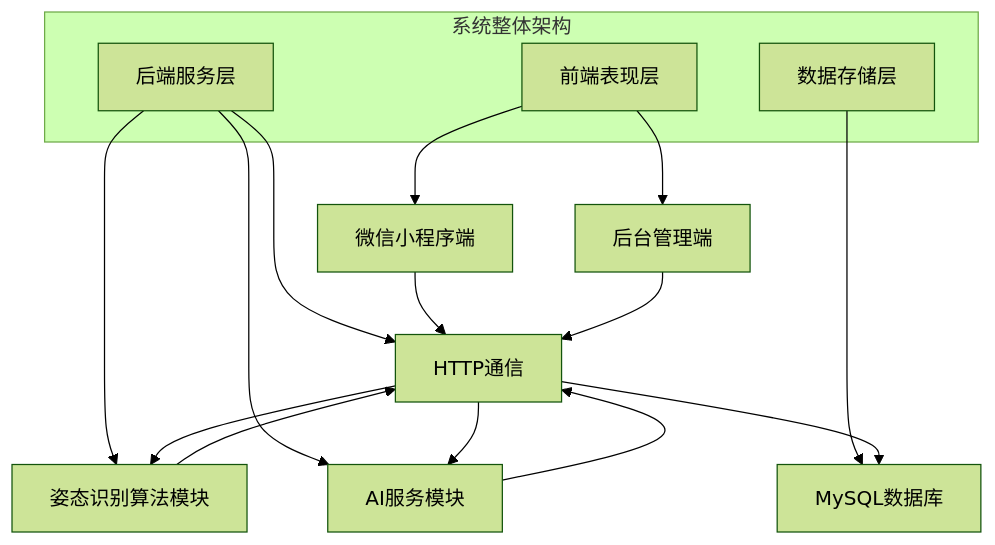
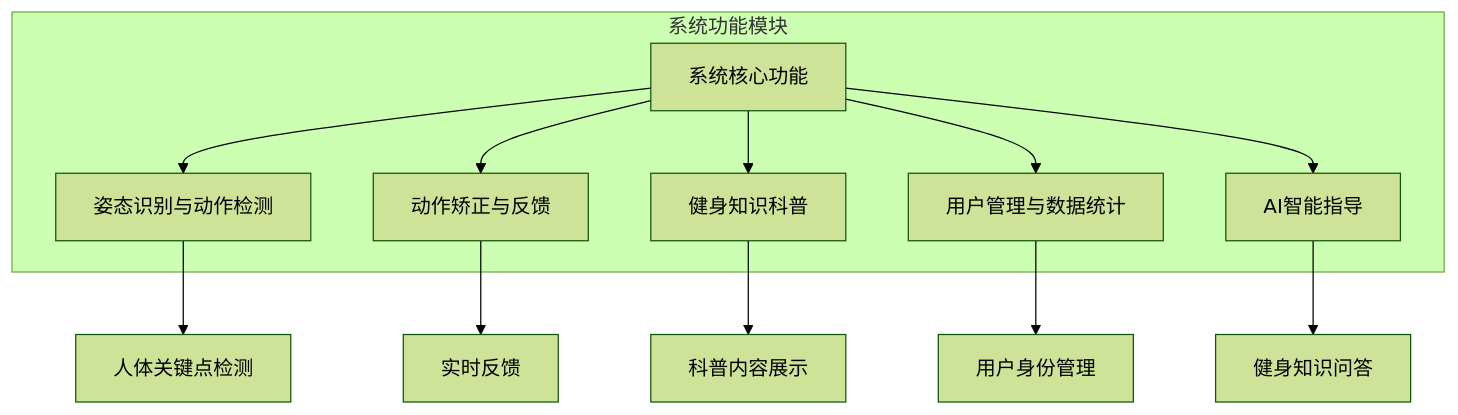
Before and after one commit to Ventilation616/lunwen: the first of 4 diagrams in 内容/第四章_系统设计.md, drawn with Mermaid (forest theme). The commit also changed other lines of this file and 3 other files, not shown here.

````diff
--- a/内容/第四章_系统设计.md
+++ b/内容/第四章_系统设计.md
@@ -13,25 +19,23 @@
 ```mermaid
 graph TD
-    A[前端表现层] --> B[微信小程序端]
-    A --> C[后台管理端]
+    A[系统核心功能] --> B[姿态识别与动作检测]
+    A --> C[动作矫正与反馈]
+    A --> D[健身知识科普]
+    A --> E[用户管理与数据统计]
+    A --> F[AI智能指导]
     
-    D[后端服务层] --> E[Web服务器]
-    D --> F[姿态识别算法模块]
-    D --> G[AI服务模块]
+    B --> B1[人体关键点检测]
+    C --> C1[实时反馈]
+    D --> D1[科普内容展示]
+    E --> E1[用户身份管理]
+    F --> F1[健身知识问答]
     
-    H[数据存储层] --> I[MySQL数据库]
-    
-    B --> E[WebSocket通信]
-    C --> E[HTTP通信]
-    E --> F
-    E --> G
-    E --> I
-    F --> E
-    G --> E
-    
-    subgraph 系统整体架构
+    subgraph 系统功能模块
     A
+    B
+    C
     D
-    H
+    E
+    F
     end
 ```
````
